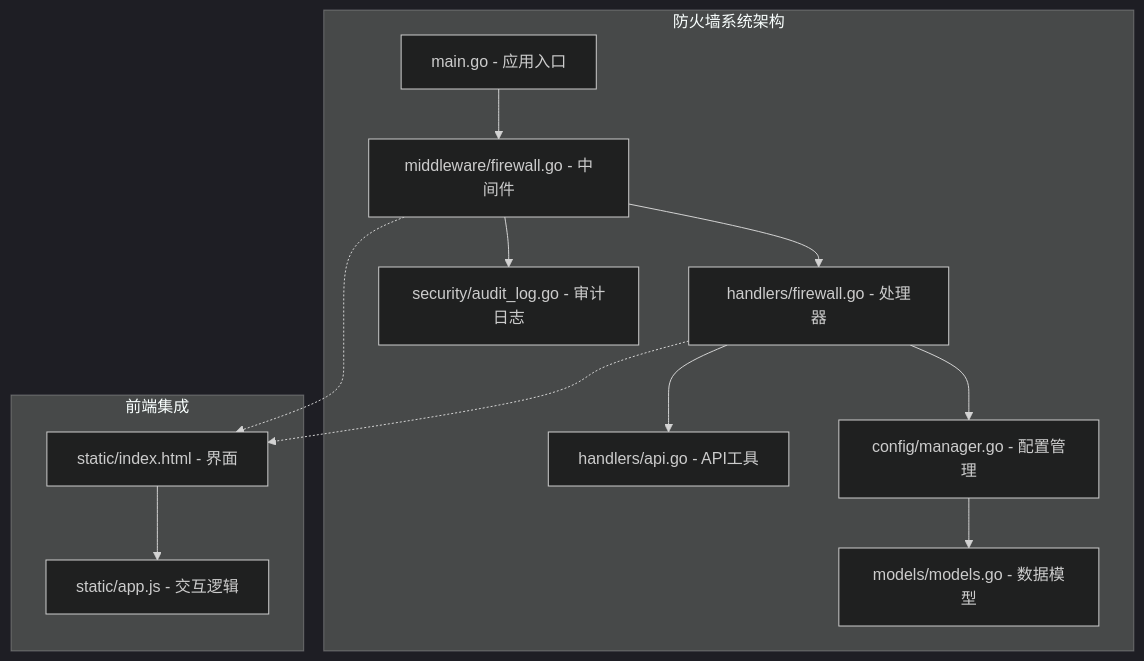
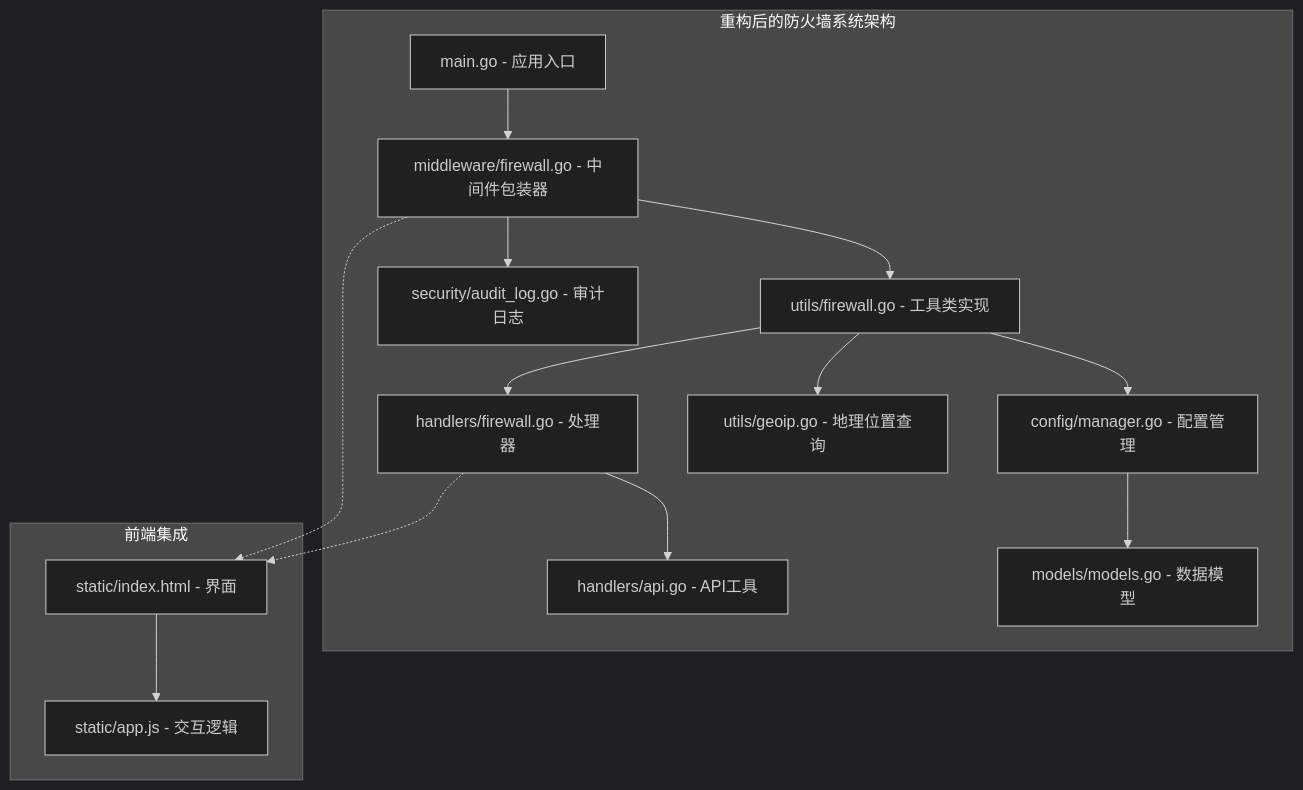
The first of 11 diagrams in .qoder/repowiki/zh/content/核心模块/防火墙系统.md (yanfanvip/caddy-manager), drawn with Mermaid (dark theme) before and after one commit. The commit also changed other lines of this file and 7 other files, not shown here.

````diff
--- a/.qoder/repowiki/zh/content/核心模块/防火墙系统.md
+++ b/.qoder/repowiki/zh/content/核心模块/防火墙系统.md
@@ -36,16 +48,18 @@
 ```mermaid
 graph TB
-subgraph "防火墙系统架构"
-A[main.go - 应用入口] --> B[middleware/firewall.go - 中间件]
-B --> C[handlers/firewall.go - 处理器]
+subgraph "重构后的防火墙系统架构"
+A[main.go - 应用入口] --> B[middleware/firewall.go - 中间件包装器]
+B --> C[utils/firewall.go - 工具类实现]
 C --> D[config/manager.go - 配置管理]
 D --> E[models/models.go - 数据模型]
 B --> F[security/audit_log.go - 审计日志]
-C --> G[handlers/api.go - API工具]
+C --> G[utils/geoip.go - 地理位置查询]
+C --> H[handlers/firewall.go - 处理器]
+H --> I[handlers/api.go - API工具]
 end
 subgraph "前端集成"
-H[static/index.html - 界面] --> I[static/app.js - 交互逻辑]
+J[static/index.html - 界面] --> K[static/app.js - 交互逻辑]
 end
-B -.-> H
-C -.-> H
+B -.-> J
+H -.-> J
 ```
````
